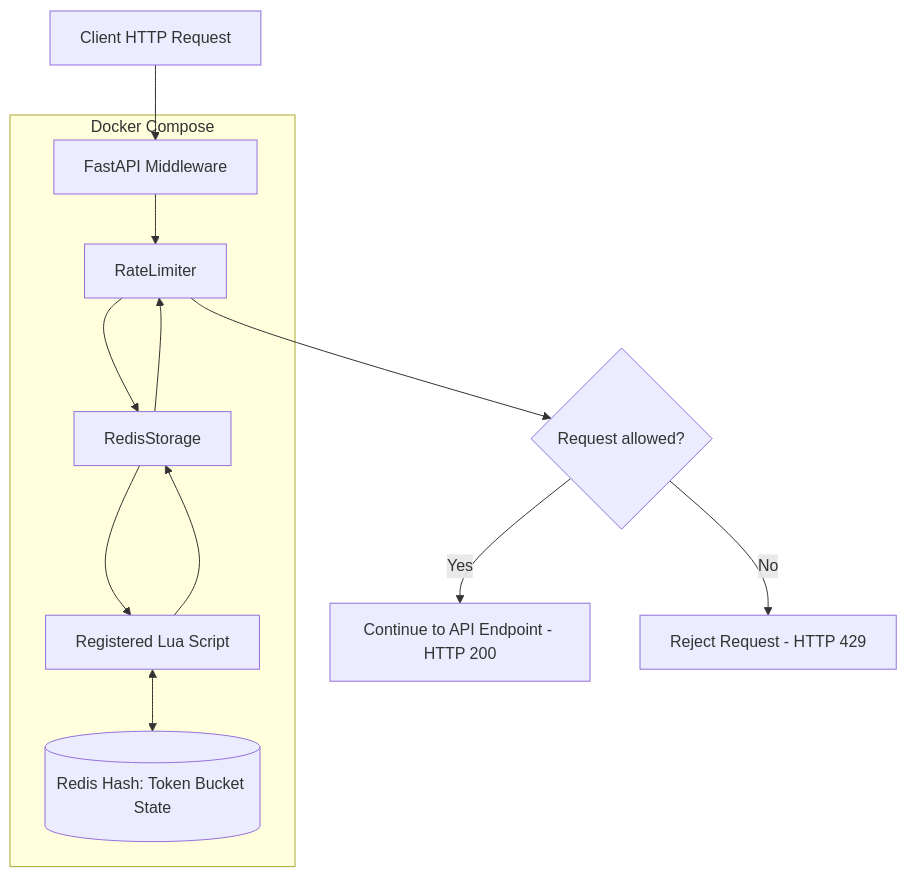
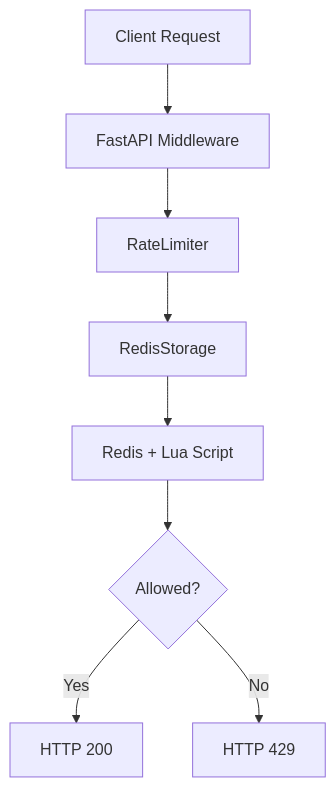
Before and after one commit to Fabi2708/distributed-rate-limiter: the diagram in README.md, drawn with Mermaid. The commit also changed other lines of this file, not shown here.

Commit message:
Update flowchart in README for clarity

````diff
--- a/README.md
+++ b/README.md
@@ -21,22 +21,10 @@
 ```mermaid
 flowchart TD
-    A["Client HTTP Request"] --> B["FastAPI Middleware"]
-    B --> C["RateLimiter"]
-    C --> D["RedisStorage"]
-    D --> E["Registered Lua Script"]
-    E <--> F[("Redis Hash: Token Bucket State")]
-    E --> D
-    D --> C
-    C --> G{"Request allowed?"}
-
-    G -->|Yes| H["Continue to API Endpoint - HTTP 200"]
-    G -->|No| I["Reject Request - HTTP 429"]
-
-    subgraph Docker["Docker Compose"]
-        B
-        C
-        D
-        E
-        F
-    end
+    A[Client Request] --> B[FastAPI Middleware]
+    B --> C[RateLimiter]
+    C --> D[RedisStorage]
+    D --> E[Redis + Lua Script]
+    E --> F{Allowed?}
+    F -->|Yes| G[HTTP 200]
+    F -->|No| H[HTTP 429]
 ```
````
